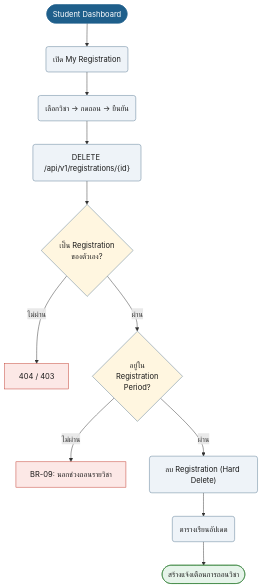
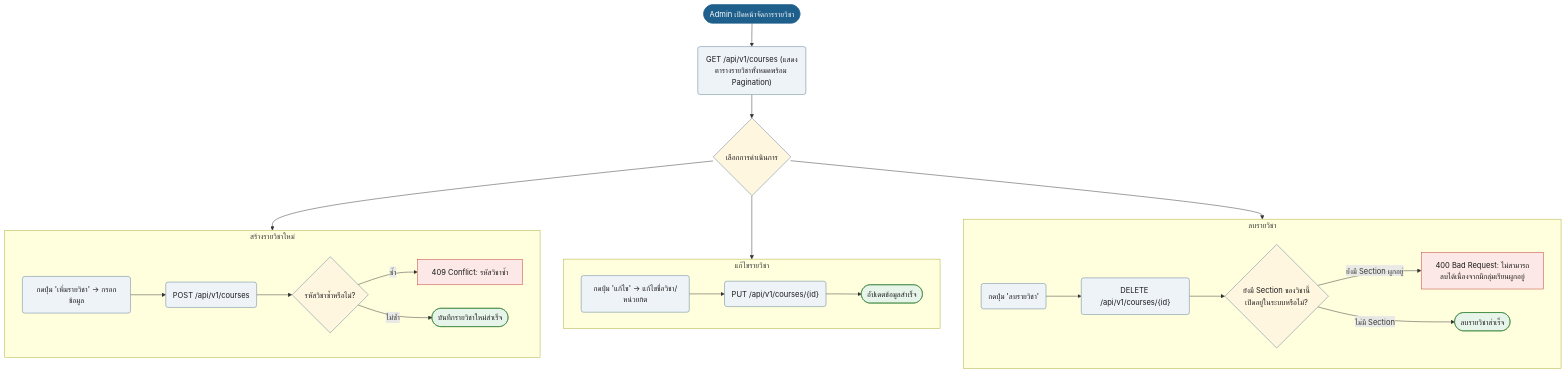
Before and after one commit to synthesixer/AcadOS: the tenth of 19 diagrams in doc/diagram/Userflow_diagram.md, drawn with Mermaid. The commit also changed other lines of this file and 8 other files, not shown here.

````diff
--- a/doc/diagram/Userflow_diagram.md
+++ b/doc/diagram/Userflow_diagram.md
@@ -376,30 +393,42 @@
 ```mermaid
 flowchart TD
-    n1(["Student Dashboard"]):::start
-    n2("เปิด My Registration"):::act
-    n3("เลือกวิชา → กดถอน → ยืนยัน"):::act
-    n4("DELETE /api/v1/registrations/{id}"):::act
+    n1(["Admin เปิดหน้าจัดการรายวิชา"]):::start
+    n2("GET /api/v1/courses (แสดงตารางรายวิชาทั้งหมดพร้อม Pagination)"):::act
     n1 --> n2
-    n2 --> n3
-    n3 --> n4
-    n5{"เป็น Registration<br/>ของตัวเอง?"}:::dec
-    n4 --> n5
-    n6["404 / 403"]:::bad
-    n5 -->|ไม่ผ่าน| n6
-    n7{"อยู่ใน<br/>Registration<br/>Period?"}:::dec
-    n5 -->|ผ่าน| n7
-    n8["BR-09: นอกช่วงถอนรายวิชา"]:::bad
-    n7 -->|ไม่ผ่าน| n8
-    n9("ลบ Registration (Hard Delete)"):::act
-    n7 -->|ผ่าน| n9
-    n10("ตารางเรียนอัปเดต"):::act
-    n9 --> n10
-    n11(["สร้างแจ้งเตือนการถอนวิชา"]):::ok
-    n10 --> n11
+    act_choice{"เลือกการดำเนินการ"}:::dec
+    n2 --> act_choice
+
+    subgraph Create_Flow ["สร้างรายวิชาใหม่"]
+        c_open("กดปุ่ม 'เพิ่มรายวิชา' → กรอกข้อมูล"):::act
+        c_post("POST /api/v1/courses"):::act
+        c_chk{"รหัสวิชาซ้ำหรือไม่?"}:::dec
+        c_open --> c_post --> c_chk
+        c_chk -->|ซ้ำ| c_err["409 Conflict: รหัสวิชาซ้ำ"]:::bad
+        c_chk -->|ไม่ซ้ำ| c_ok(["บันทึกรายวิชาใหม่สำเร็จ"]):::ok
+    end
+
+    subgraph Update_Flow ["แก้ไขรายวิชา"]
+        u_open("กดปุ่ม 'แก้ไข' → แก้ไขชื่อวิชา/หน่วยกิต"):::act
+        u_put("PUT /api/v1/courses/{id}"):::act
+        u_open --> u_put --> u_ok(["อัปเดตข้อมูลสำเร็จ"]):::ok
+    end
+
+    subgraph Delete_Flow ["ลบรายวิชา"]
+        d_btn("กดปุ่ม 'ลบรายวิชา'"):::act
+        d_del("DELETE /api/v1/courses/{id}"):::act
+        d_chk{"ยังมี Section ของวิชานี้<br/>เปิดอยู่ในระบบหรือไม่?"}:::dec
+        d_btn --> d_del --> d_chk
+        d_chk -->|ยังมี Section ผูกอยู่| d_err["400 Bad Request: ไม่สามารถลบได้เนื่องจากมีกลุ่มเรียนผูกอยู่"]:::bad
+        d_chk -->|ไม่มี Section| d_ok(["ลบรายวิชาสำเร็จ"]):::ok
+    end
+
+    act_choice --> Create_Flow
+    act_choice --> Update_Flow
+    act_choice --> Delete_Flow
+
     classDef start fill:#1F5F8B,stroke:#1F5F8B,color:#fff
     classDef act fill:#EEF3F8,stroke:#5B7A94,color:#1a1a1a
     classDef dec fill:#FFF6E0,stroke:#5B7A94,color:#1a1a1a
     classDef bad fill:#FCE8E6,stroke:#C0392B,color:#1a1a1a
     classDef ok fill:#E6F4EA,stroke:#2E7D32,color:#1a1a1a
-    classDef note fill:#F4F4F4,stroke:#999,color:#1a1a1a
 ```
````
